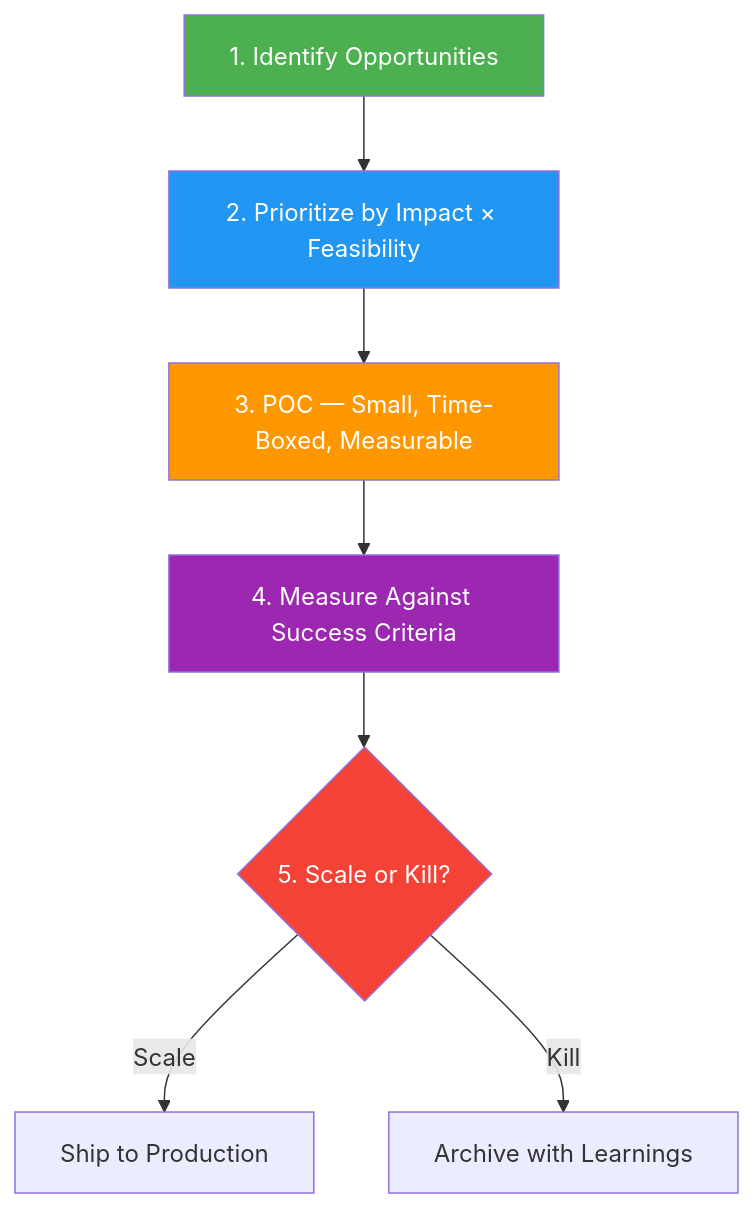
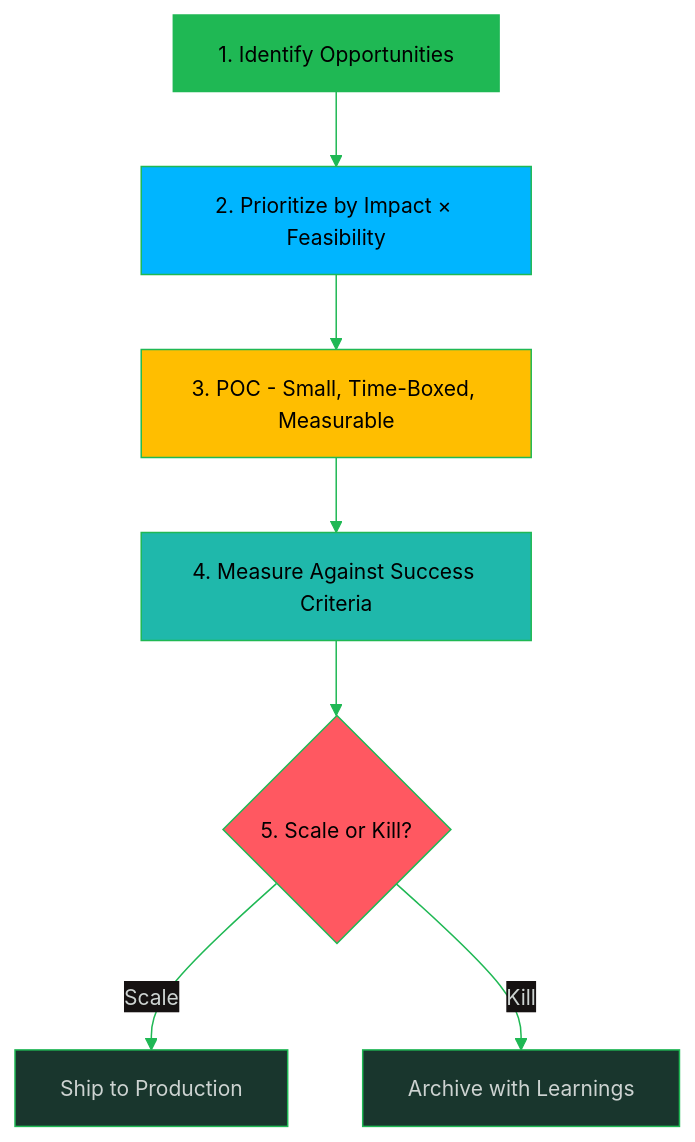
Before and after one commit to oat431/swe-knowledge: the diagram in computing-foundation-note/Artificial_Intelligence/12_AI_ROI_and_Roadmap.md, drawn with Mermaid. The commit also changed other lines of this file and 139 other files, not shown here.

````diff
--- a/computing-foundation-note/Artificial_Intelligence/12_AI_ROI_and_Roadmap.md
+++ b/computing-foundation-note/Artificial_Intelligence/12_AI_ROI_and_Roadmap.md
@@ -53,15 +53,16 @@
 ```mermaid
+%%{init: {'theme':'base','themeVariables':{'primaryColor':'#19362D','primaryTextColor':'#CDD3D1','primaryBorderColor':'#1FB854','lineColor':'#1FB854','secondaryColor':'#161212','tertiaryColor':'#1B1717','background':'#1B1717','mainBkg':'#19362D','nodeBorder':'#1FB854','clusterBkg':'#161212','clusterBorder':'#19362D','titleColor':'#1FB854','edgeLabelBackground':'#161212','fontSize':'14px'}}}%%
 flowchart TD
     IDENTIFY["1. Identify Opportunities"] --> PRIORITIZE["2. Prioritize by Impact × Feasibility"]
-    PRIORITIZE --> POC["3. POC — Small, Time-Boxed, Measurable"]
+    PRIORITIZE --> POC["3. POC - Small, Time-Boxed, Measurable"]
     POC --> MEASURE["4. Measure Against Success Criteria"]
     MEASURE --> DECIDE{"5. Scale or Kill?"}
     DECIDE -->|"Scale"| PRODUCTION["Ship to Production"]
     DECIDE -->|"Kill"| LEARN["Archive with Learnings"]
     
-    style IDENTIFY fill:#4CAF50,color:#fff
-    style PRIORITIZE fill:#2196F3,color:#fff
-    style POC fill:#FF9800,color:#fff
-    style MEASURE fill:#9C27B0,color:#fff
-    style DECIDE fill:#F44336,color:#fff
+    style IDENTIFY fill:#1FB854,color:#000000
+    style PRIORITIZE fill:#00B5FF,color:#000000
+    style POC fill:#FFBE00,color:#000000
+    style MEASURE fill:#1FB8AB,color:#000000
+    style DECIDE fill:#FF5861,color:#000000
 ```
````
